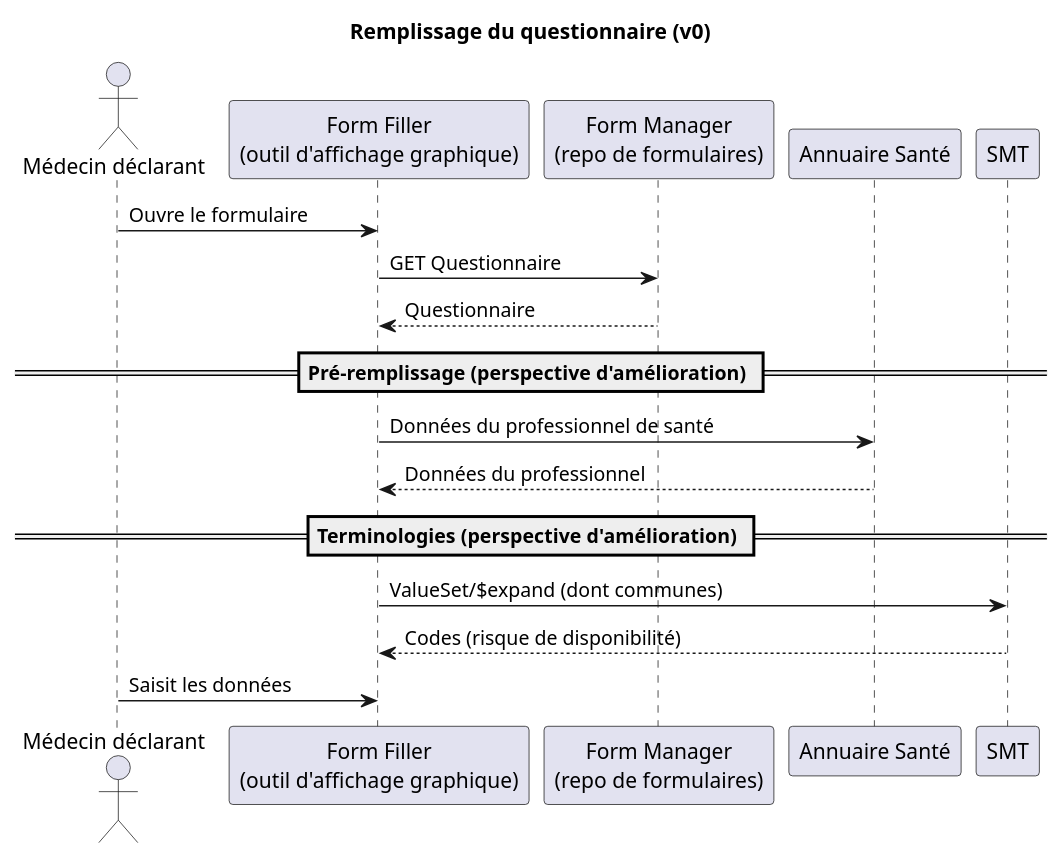
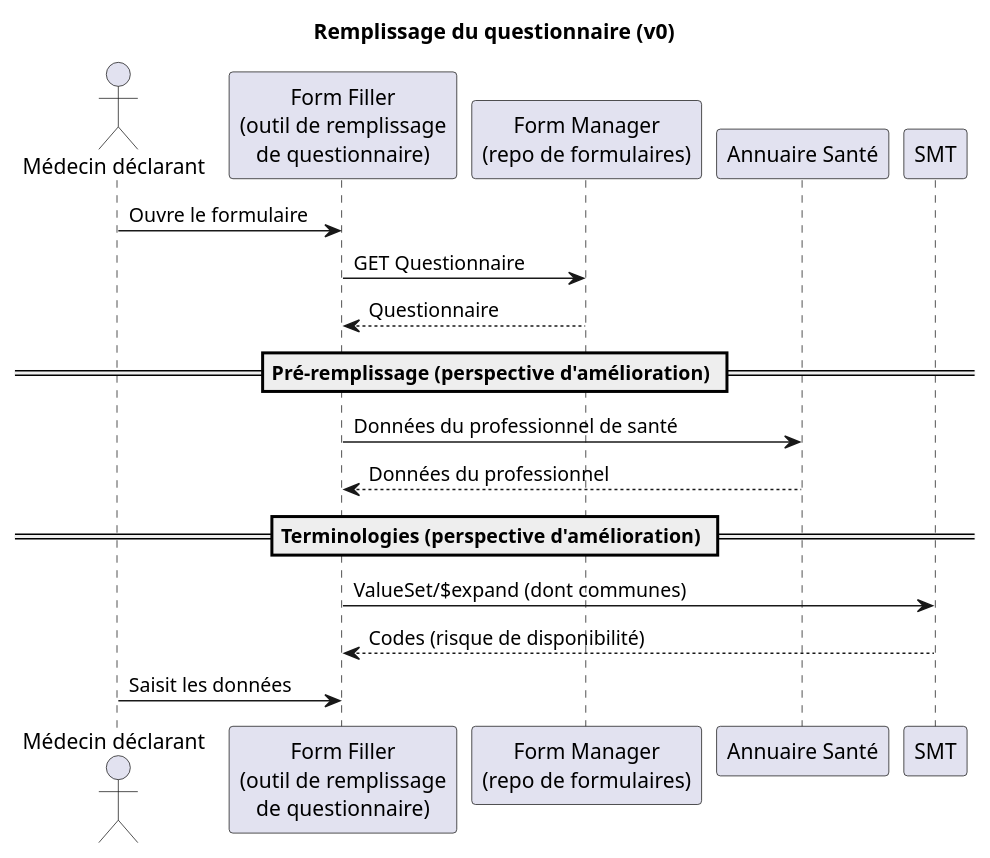
The diagram in input/images-source/architecture-flux-remplissage.plantuml (nriss/ig-test-dmso), drawn with PlantUML before and after one commit. The commit also changed 4 other files, not shown here.

Commit message:
Architecture : séparation outil d'édition / outil de remplissage, case Gestionnaire de questionnaires, AuditEvent

```diff
--- a/input/images-source/architecture-flux-remplissage.plantuml
+++ b/input/images-source/architecture-flux-remplissage.plantuml
@@ -1,24 +1,24 @@
 @startuml
 ' Version 0 - à améliorer
 title Remplissage du questionnaire (v0)
 
 actor "Médecin déclarant" as PS
-participant "Form Filler\n(outil d'affichage graphique)" as FF
+participant "Form Filler\n(outil de remplissage\nde questionnaire)" as FF
 participant "Form Manager\n(repo de formulaires)" as FM
 participant "Annuaire Santé" as ANN
 participant "SMT" as SMT
 
 PS -> FF : Ouvre le formulaire
 FF -> FM : GET Questionnaire
 FM --> FF : Questionnaire
 
 == Pré-remplissage (perspective d'amélioration) ==
 FF -> ANN : Données du professionnel de santé
 ANN --> FF : Données du professionnel
 
 == Terminologies (perspective d'amélioration) ==
 FF -> SMT : ValueSet/$expand (dont communes)
 SMT --> FF : Codes (risque de disponibilité)
 
 PS -> FF : Saisit les données
 @enduml
```
